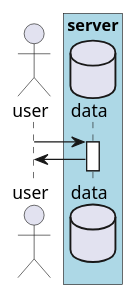
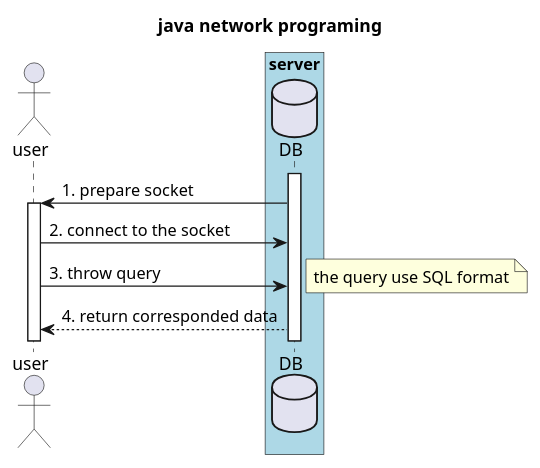
Before and after one commit to JLeafa/MyDBSearcher: the diagram in model.pu, drawn with PlantUML. The commit also changed 4 other files, not shown here.

Commit message:
add javadoc and fix UML

```diff
--- a/model.pu
+++ b/model.pu
@@ -1,9 +1,14 @@
 @startuml
+title "java network programing"
 actor user
 box "server" #LightBlue
-database data
+database DB
 end box
-user -> data
-activate data
-data -> user
+activate DB
+DB -> user : 1. prepare socket
+activate user
+user -> DB : 2. connect to the socket
+user -> DB : 3. throw query
+note right : the query use SQL format
+DB --> user : 4. return corresponded data
 @enduml
```
